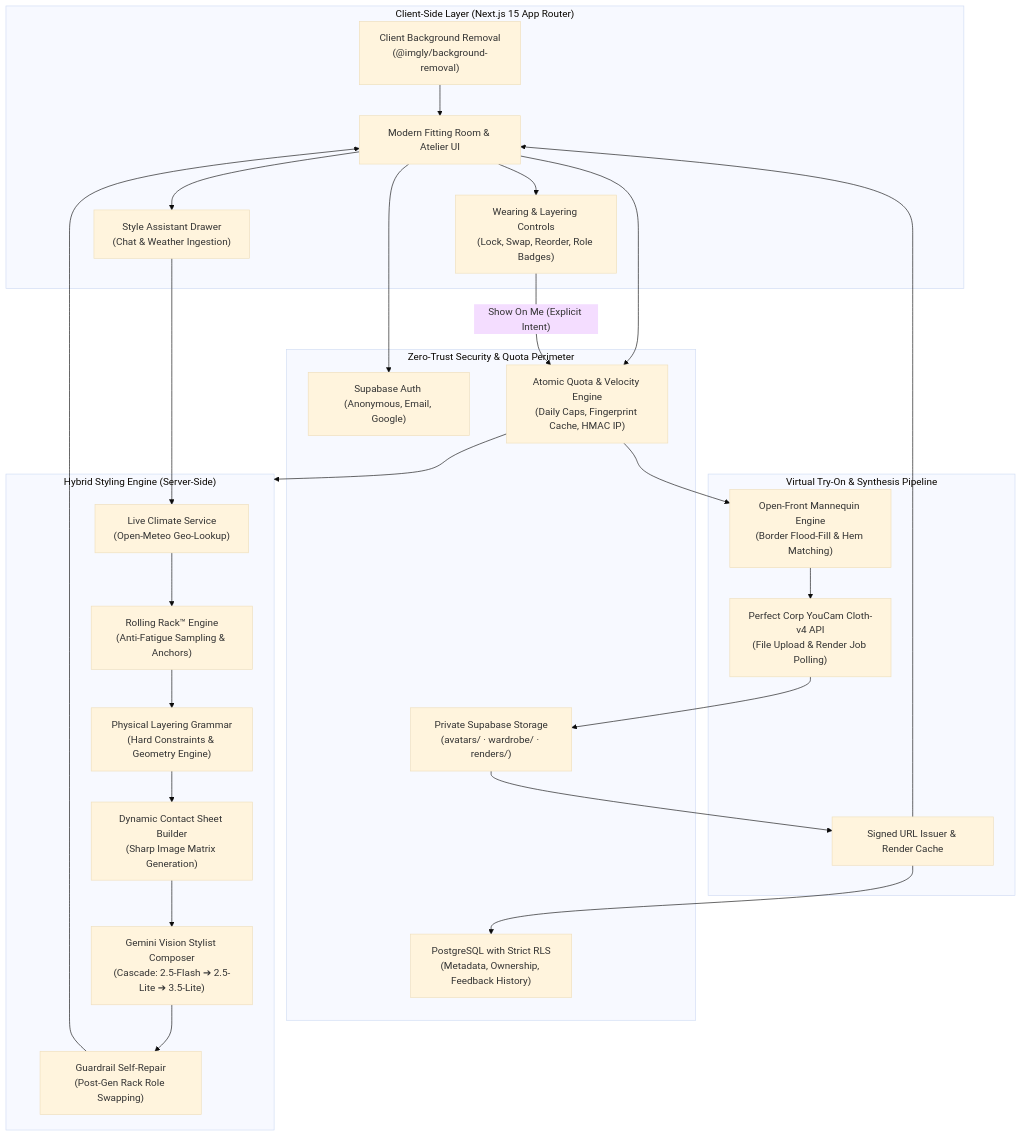
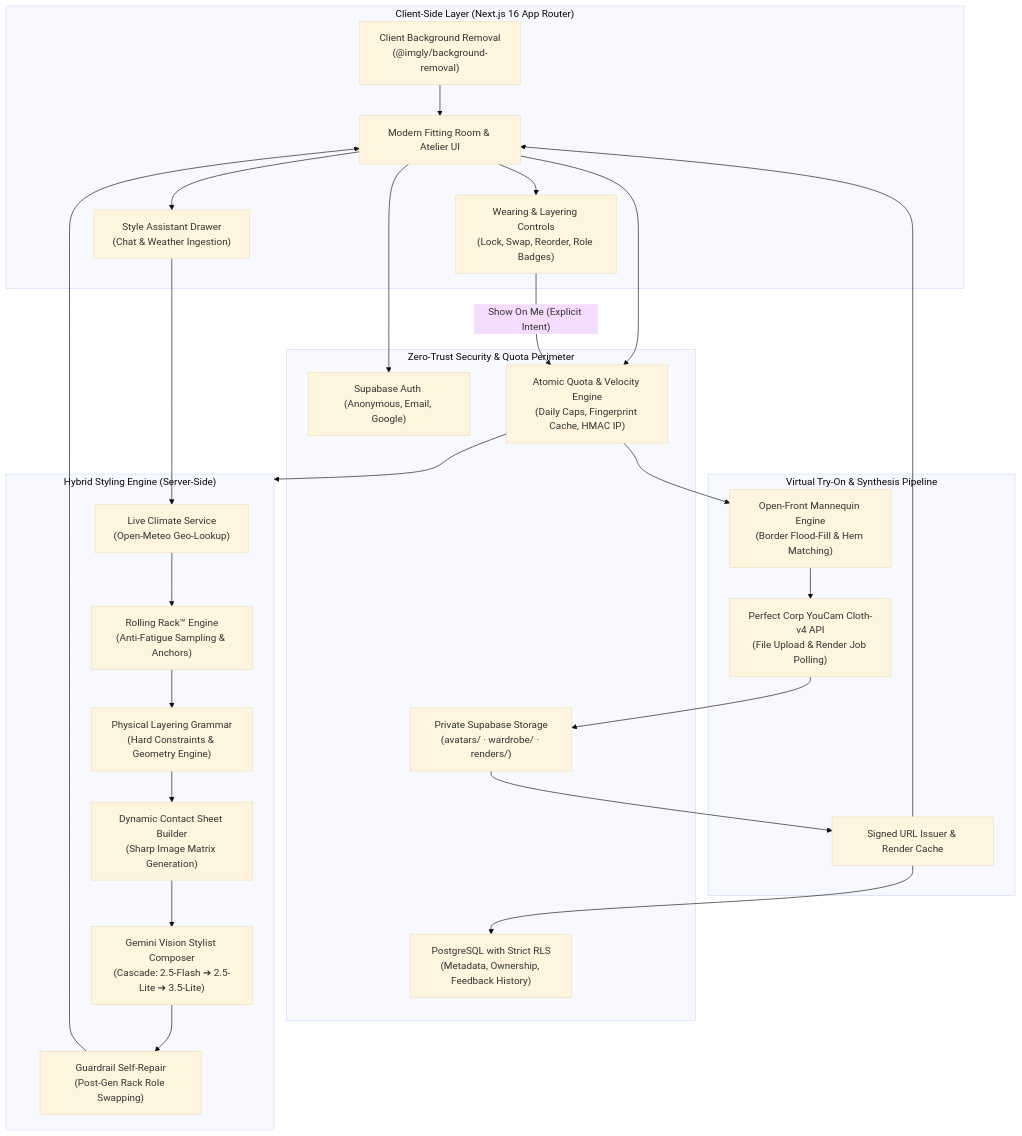
The first of 4 diagrams in README.md (aposalik/TheLook), drawn with Mermaid (base theme) before and after one commit. The commit also changed other lines of this file and 5 other files, not shown here.

````diff
--- a/README.md
+++ b/README.md
@@ -50,55 +53,55 @@
 ```mermaid
 flowchart TB
-    subgraph Client["Client-Side Layer (Next.js 15 App Router)"]
+    subgraph Client["Client-Side Layer (Next.js 16 App Router)"]
         UI["Modern Fitting Room & Atelier UI"]
         BG["Client Background Removal\n(@imgly/background-removal)"]
         CHAT["Style Assistant Drawer\n(Chat & Weather Ingestion)"]
         PANEL["Wearing & Layering Controls\n(Lock, Swap, Reorder, Role Badges)"]
     end
 
     subgraph Security["Zero-Trust Security & Quota Perimeter"]
         AUTH["Supabase Auth (Anonymous, Email, Google)"]
         QUOTA["Atomic Quota & Velocity Engine\n(Daily Caps, Fingerprint Cache, HMAC IP)"]
         STORAGE["Private Supabase Storage\n(avatars/ · wardrobe/ · renders/)"]
         POSTGRES["PostgreSQL with Strict RLS\n(Metadata, Ownership, Feedback History)"]
     end
 
     subgraph Recommender["Hybrid Styling Engine (Server-Side)"]
         WEATHER["Live Climate Service\n(Open-Meteo Geo-Lookup)"]
         RACK["Rolling Rack™ Engine\n(Anti-Fatigue Sampling & Anchors)"]
         GRAMMAR["Physical Layering Grammar\n(Hard Constraints & Geometry Engine)"]
         CONTACT["Dynamic Contact Sheet Builder\n(Sharp Image Matrix Generation)"]
         GEMINI["Gemini Vision Stylist Composer\n(Cascade: 2.5-Flash ➔ 2.5-Lite ➔ 3.5-Lite)"]
         REPAIR["Guardrail Self-Repair\n(Post-Gen Rack Role Swapping)"]
     end
 
     subgraph TryOn["Virtual Try-On & Synthesis Pipeline"]
         COMPOSITE["Open-Front Mannequin Engine\n(Border Flood-Fill & Hem Matching)"]
         YOUCAM["Perfect Corp YouCam Cloth-v4 API\n(File Upload & Render Job Polling)"]
         CACHE["Signed URL Issuer & Render Cache"]
     end
 
     UI --> AUTH
     UI --> CHAT
     UI --> PANEL
     BG --> UI
 
     UI --> QUOTA
     QUOTA --> Recommender
     CHAT --> WEATHER
     WEATHER --> RACK
 
     RACK --> GRAMMAR
     GRAMMAR --> CONTACT
     CONTACT --> GEMINI
     GEMINI --> REPAIR
     REPAIR --> UI
 
     PANEL -->|"Show On Me (Explicit Intent)"| QUOTA
     QUOTA --> COMPOSITE
     COMPOSITE --> YOUCAM
     YOUCAM --> STORAGE
     STORAGE --> CACHE
     CACHE --> POSTGRES
     CACHE --> UI
 ```
````
